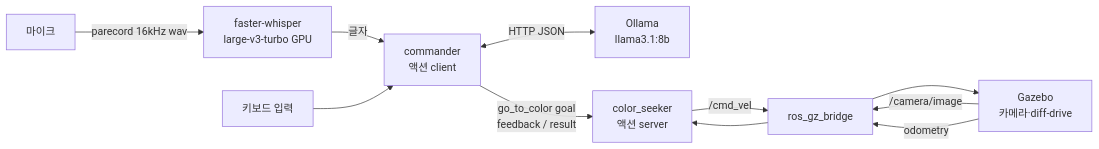
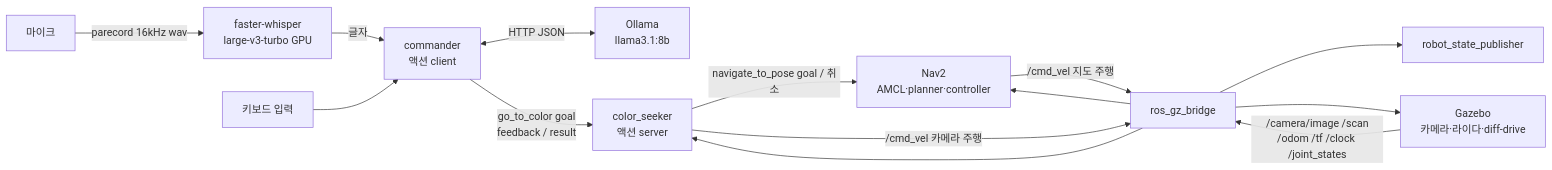
One commit to pleaseCodemyname/ros2-learning changed the diagram in src/color_seeker/README.md. Above: the diagram before and after it, drawn with Mermaid. The commit also changed other lines of this file and 1 other file, not shown here.

Commit message:
README: Nav2 연결(라이다, 지도 위치 기억 계산, goal 흐름, 둘러보기), 설계 이유(Nav2 67초 → 7초 /odom remap, 멀리는 Nav2 마지막은 카메라, 취소 전달, 카메라 갈아타기가 느렸던 이유, 취소와 새 goal 경쟁), 찾는 시간 표 64.6초 → 32.0초, 실행에 Nav2·RViz·2D Pose Estimate, 한계·다음 갱신. v2 detector(OWLv2) 내용 포함. 루트 README에 Nav2 단계

````diff
--- a/src/color_seeker/README.md
+++ b/src/color_seeker/README.md
@@ -20,13 +22,16 @@
 ```mermaid
 flowchart LR
     M[마이크] -->|parecord 16kHz wav| W[faster-whisper<br/>large-v3-turbo GPU]
     W -->|글자| C
     U[키보드 입력] --> C[commander<br/>액션 client]
     C <-->|HTTP JSON| L[Ollama<br/>llama3.1:8b]
     C -->|go_to_color goal<br/>feedback / result| S[color_seeker<br/>액션 server]
-    G[Gazebo<br/>카메라·diff-drive] -->|/camera/image| B[ros_gz_bridge]
-    G -->|odometry| B
+    G[Gazebo<br/>카메라·라이다·diff-drive] -->|/camera/image /scan<br/>/odom /tf /clock /joint_states| B[ros_gz_bridge]
     B --> S
-    S -->|/cmd_vel| B
+    B --> N[Nav2<br/>AMCL·planner·controller]
+    B --> R[robot_state_publisher]
+    S -->|navigate_to_pose goal / 취소| N
+    S -->|/cmd_vel 카메라 주행| B
+    N -->|/cmd_vel 지도 주행| B
     B --> G
 ```
````
